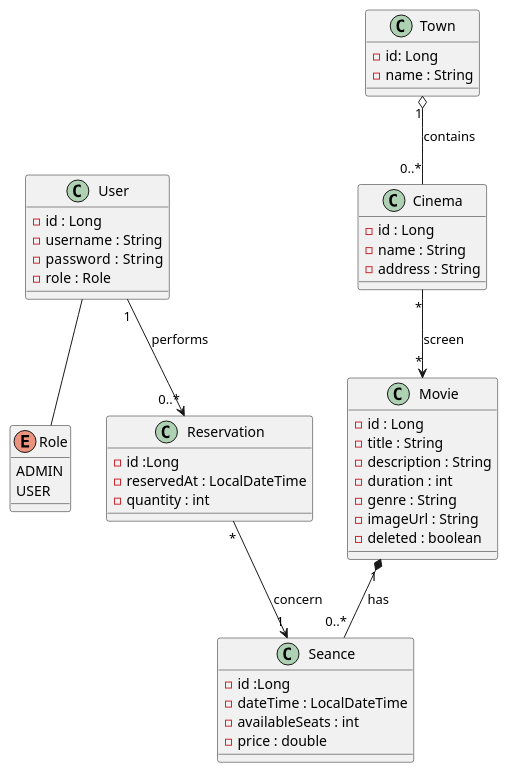
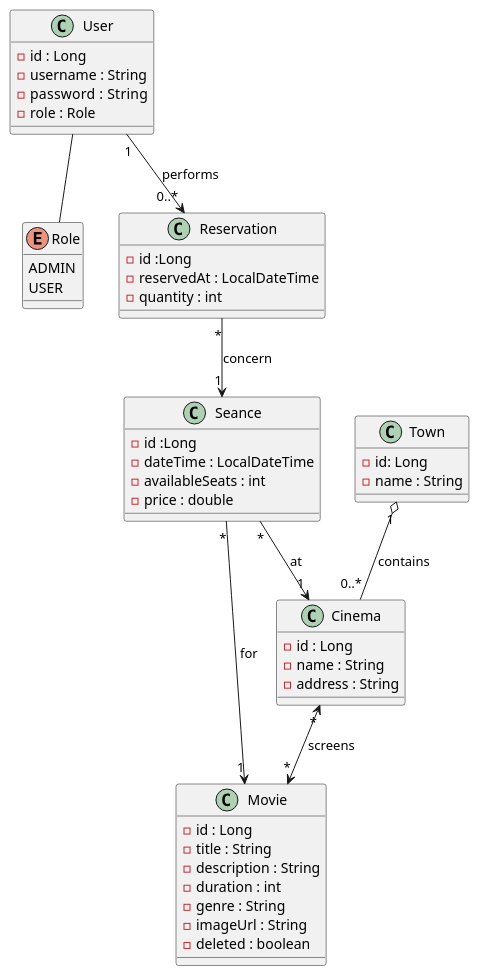
One commit to john7440/Distopia changed the diagram in docs/02 - Class/Class.puml. Above: the diagram before and after it, drawn with PlantUML. The commit also changed 1 other file, not shown here.

Commit message:
modifications de conception: lien entre seance et cinema

```diff
--- a/docs/02 - Class/Class.puml
+++ b/docs/02 - Class/Class.puml
@@ -1,58 +1,59 @@
 @startuml
 
 enum Role {
   ADMIN
   USER
 }
 
 class User {
 - id : Long
 - username : String
 - password  : String
 - role : Role
 }
 
 class Town{
 - id: Long
 - name : String
 }
 
 class Cinema{
 - id : Long
 - name : String
 - address : String
 }
 
 class Movie{
 - id : Long
 - title : String
 - description : String
 - duration : int
 - genre : String
 - imageUrl : String
 - deleted : boolean
 
 }
 
 class Seance {
 - id :Long
 - dateTime : LocalDateTime
 - availableSeats : int
 - price : double
 }
 
 class Reservation {
 -id :Long
 - reservedAt : LocalDateTime
 - quantity : int
 }
 
 User -- Role
 
-Cinema "*" --> "*" Movie : screen
+Cinema "*" <--> "*" Movie : screens
 Town "1" o-- "0..*" Cinema : contains
-Movie "1" *-- "0..*" Seance : has
+Seance "*" --> "1" Movie : for
+Seance "*" --> "1" Cinema : at
 User "1" --> "0..*" Reservation : performs
 Reservation "*" --> "1" Seance : concern
 
 @enduml
```
